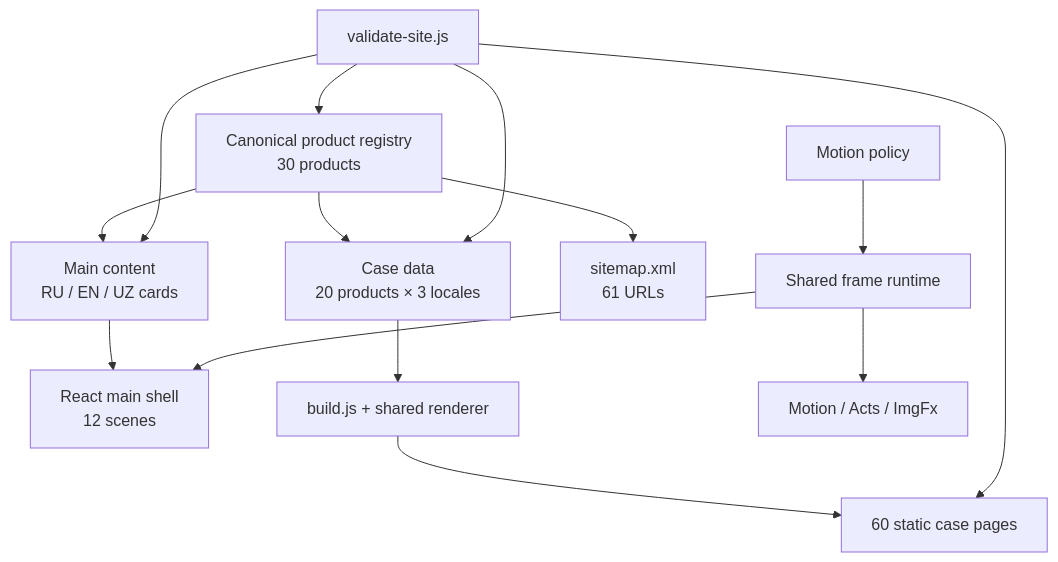
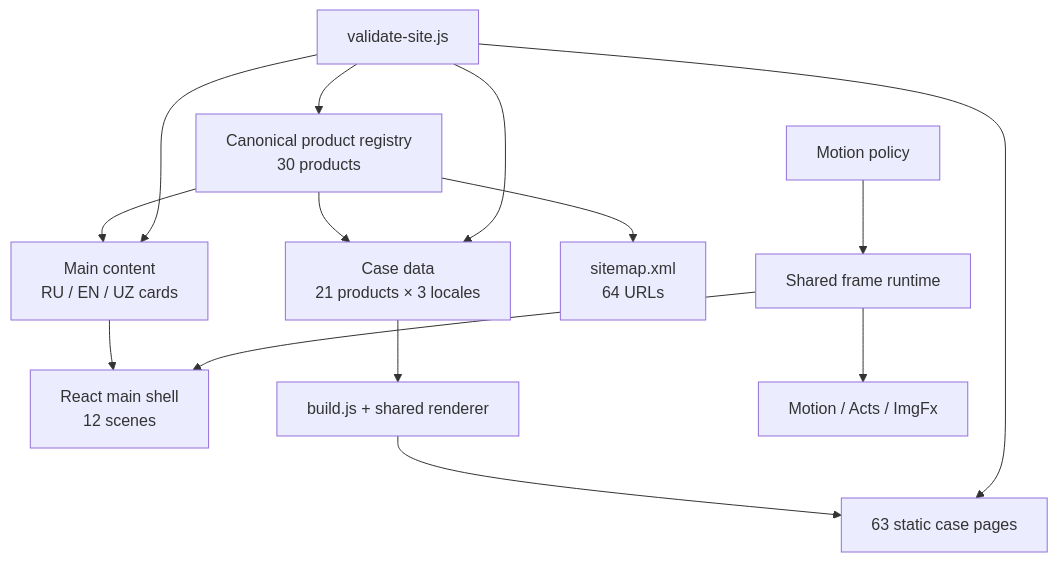
Before and after one commit to SamandarMansurkhodjaev2713/CV-Samandar: the diagram in docs/ARCHITECTURE.md, drawn with Mermaid. The commit also changed other lines of this file and 100 other files, not shown here.

````diff
--- a/docs/ARCHITECTURE.md
+++ b/docs/ARCHITECTURE.md
@@ -20,16 +20,16 @@
 ```mermaid
 flowchart TD
   R["Canonical product registry\n30 products"] --> C["Main content\nRU / EN / UZ cards"]
-  R --> L["Case data\n20 products × 3 locales"]
+  R --> L["Case data\n21 products × 3 locales"]
   C --> A["React main shell\n12 scenes"]
   L --> G["build.js + shared renderer"]
-  G --> H["60 static case pages"]
-  R --> S["sitemap.xml\n61 URLs"]
+  G --> H["63 static case pages"]
+  R --> S["sitemap.xml\n64 URLs"]
   P["Motion policy"] --> M["Shared frame runtime"]
   M --> A
   M --> X["Motion / Acts / ImgFx"]
   V["validate-site.js"] --> R
   V --> C
   V --> L
   V --> H
 ```
````
